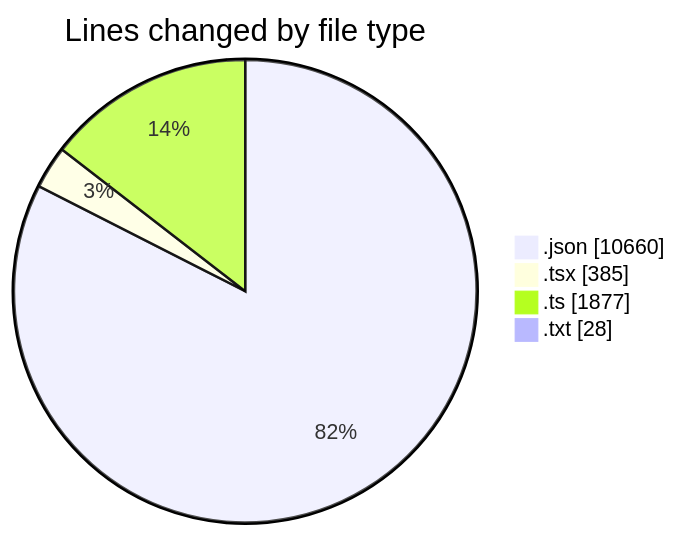
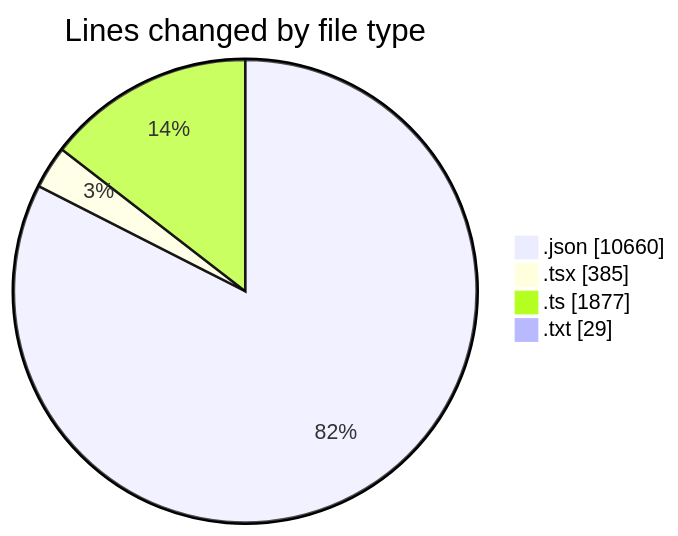
Before and after one commit to CELIANVF/code-tracking: the first of 2 diagrams in 2025-05-26/ecodeli-1/README.md, drawn with Mermaid. The commit also changed other lines of this file and 1 other file, not shown here.

````diff
--- a/2025-05-26/ecodeli-1/README.md
+++ b/2025-05-26/ecodeli-1/README.md
@@ -26,8 +26,8 @@
 ```mermaid
 pie showData
 title Lines changed by file type
 ".json" : 10660
 ".tsx" : 385
 ".ts" : 1877
-".txt" : 28
+".txt" : 29
 ```
````
